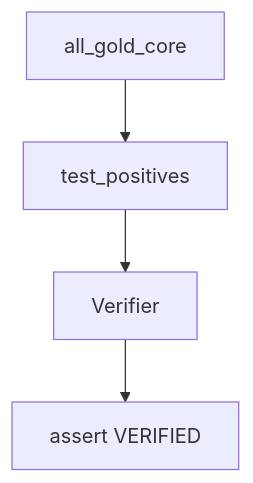
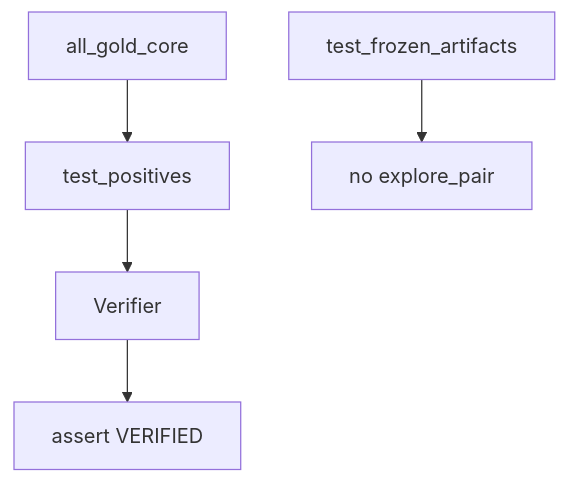
The diagram in tests/gold_core/README.md (witzbeck/mtg-loop-engine), drawn with Mermaid before and after one commit. The commit also changed other lines of this file and 18 other files, not shown here.

````diff
--- a/tests/gold_core/README.md
+++ b/tests/gold_core/README.md
@@ -14,6 +14,7 @@
 ```mermaid
 graph TB;
   corpus[all_gold_core] --> suite[test_positives];
   suite --> verifier[Verifier];
   verifier --> assert[assert VERIFIED];
+  frozen[test_frozen_artifacts] --> loadGate[no explore_pair];
 ```
````
